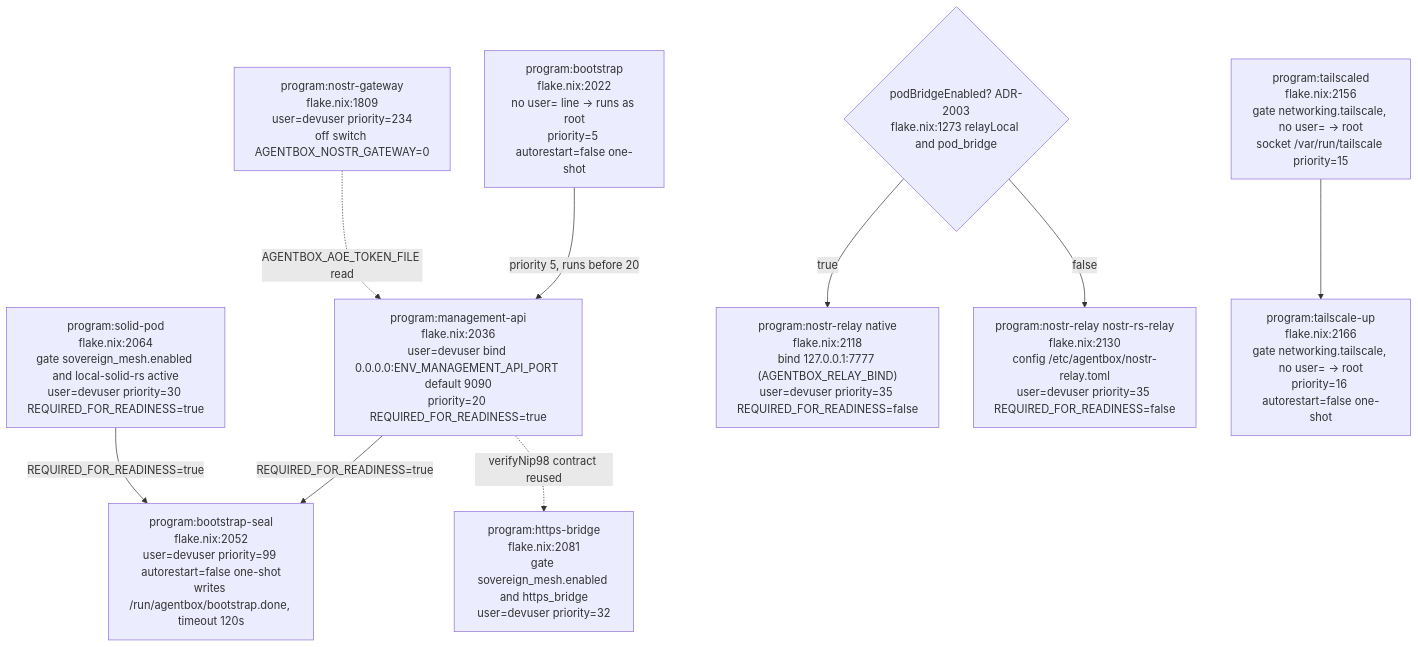
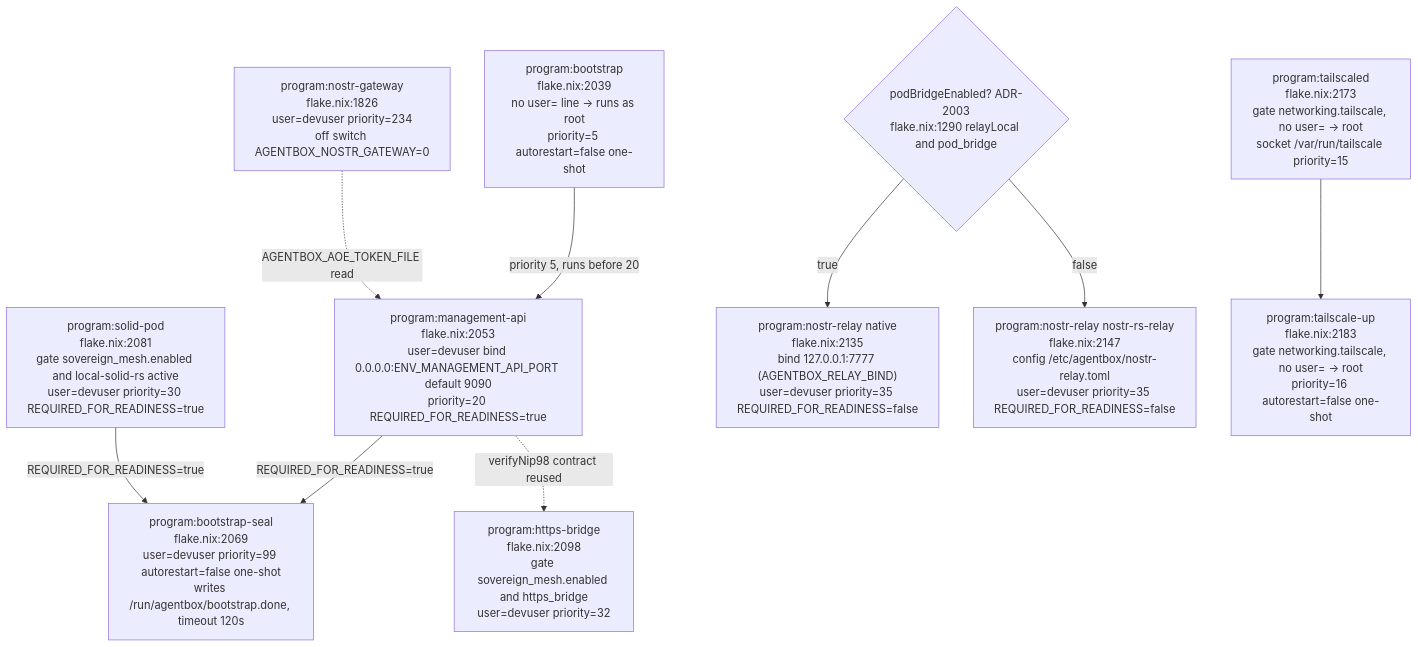
Before and after one commit to DreamLab-AI/AR-AI-Knowledge-Graph: the fourth of 18 diagrams in docs/diagrams/agentbox/02-boot-sequence-and-readiness.md, drawn with Mermaid. The commit also changed other lines of this file and 73 other files, not shown here.

First line of the commit message:
docs(diagrams): re-verify all 71 topic files against HEAD; add --cite-check

````diff
--- a/docs/diagrams/agentbox/02-boot-sequence-and-readiness.md
+++ b/docs/diagrams/agentbox/02-boot-sequence-and-readiness.md
@@ -183,23 +183,23 @@
 ```mermaid
 flowchart TB
-    BOOT["program:bootstrap<br/>flake.nix:2022<br/>no user= line -&gt; runs as root<br/>priority=5 autorestart=false one-shot"]
-    MGMT["program:management-api<br/>flake.nix:2036<br/>user=devuser bind 0.0.0.0:ENV_MANAGEMENT_API_PORT default 9090<br/>priority=20 REQUIRED_FOR_READINESS=true"]
-    SEAL["program:bootstrap-seal<br/>flake.nix:2052<br/>user=devuser priority=99 autorestart=false one-shot<br/>writes /run/agentbox/bootstrap.done, timeout 120s"]
-    SOLID["program:solid-pod<br/>flake.nix:2064<br/>gate sovereign_mesh.enabled and local-solid-rs active<br/>user=devuser priority=30 REQUIRED_FOR_READINESS=true"]
-    HTTPSB["program:https-bridge<br/>flake.nix:2081<br/>gate sovereign_mesh.enabled and https_bridge<br/>user=devuser priority=32"]
-    GATERELAY{"podBridgeEnabled? ADR-2003<br/>flake.nix:1273 relayLocal and pod_bridge"}
-    NRELAY1["program:nostr-relay native<br/>flake.nix:2118<br/>bind 127.0.0.1:7777 (AGENTBOX_RELAY_BIND)<br/>user=devuser priority=35 REQUIRED_FOR_READINESS=false"]
-    NRELAY2["program:nostr-relay nostr-rs-relay<br/>flake.nix:2130<br/>config /etc/agentbox/nostr-relay.toml<br/>user=devuser priority=35 REQUIRED_FOR_READINESS=false"]
-    NGW["program:nostr-gateway<br/>flake.nix:1809<br/>user=devuser priority=234<br/>off switch AGENTBOX_NOSTR_GATEWAY=0"]
-    TSD["program:tailscaled<br/>flake.nix:2156<br/>gate networking.tailscale, no user= -&gt; root<br/>socket /var/run/tailscale priority=15"]
-    TSU["program:tailscale-up<br/>flake.nix:2166<br/>gate networking.tailscale, no user= -&gt; root<br/>priority=16 autorestart=false one-shot"]
+    BOOT["program:bootstrap<br/>flake.nix:2039<br/>no user= line -&gt; runs as root<br/>priority=5 autorestart=false one-shot"]
+    MGMT["program:management-api<br/>flake.nix:2053<br/>user=devuser bind 0.0.0.0:ENV_MANAGEMENT_API_PORT default 9090<br/>priority=20 REQUIRED_FOR_READINESS=true"]
+    SEAL["program:bootstrap-seal<br/>flake.nix:2069<br/>user=devuser priority=99 autorestart=false one-shot<br/>writes /run/agentbox/bootstrap.done, timeout 120s"]
+    SOLID["program:solid-pod<br/>flake.nix:2081<br/>gate sovereign_mesh.enabled and local-solid-rs active<br/>user=devuser priority=30 REQUIRED_FOR_READINESS=true"]
+    HTTPSB["program:https-bridge<br/>flake.nix:2098<br/>gate sovereign_mesh.enabled and https_bridge<br/>user=devuser priority=32"]
+    GATERELAY{"podBridgeEnabled? ADR-2003<br/>flake.nix:1290 relayLocal and pod_bridge"}
+    NRELAY1["program:nostr-relay native<br/>flake.nix:2135<br/>bind 127.0.0.1:7777 (AGENTBOX_RELAY_BIND)<br/>user=devuser priority=35 REQUIRED_FOR_READINESS=false"]
+    NRELAY2["program:nostr-relay nostr-rs-relay<br/>flake.nix:2147<br/>config /etc/agentbox/nostr-relay.toml<br/>user=devuser priority=35 REQUIRED_FOR_READINESS=false"]
+    NGW["program:nostr-gateway<br/>flake.nix:1826<br/>user=devuser priority=234<br/>off switch AGENTBOX_NOSTR_GATEWAY=0"]
+    TSD["program:tailscaled<br/>flake.nix:2173<br/>gate networking.tailscale, no user= -&gt; root<br/>socket /var/run/tailscale priority=15"]
+    TSU["program:tailscale-up<br/>flake.nix:2183<br/>gate networking.tailscale, no user= -&gt; root<br/>priority=16 autorestart=false one-shot"]
 
     BOOT -->|"priority 5, runs before 20"| MGMT
     MGMT -->|"REQUIRED_FOR_READINESS=true"| SEAL
     SOLID -->|"REQUIRED_FOR_READINESS=true"| SEAL
     GATERELAY -->|true| NRELAY1
     GATERELAY -->|false| NRELAY2
     MGMT -.->|"verifyNip98 contract reused"| HTTPSB
     TSD --> TSU
     NGW -.->|"AGENTBOX_AOE_TOKEN_FILE read"| MGMT
 ```
````
